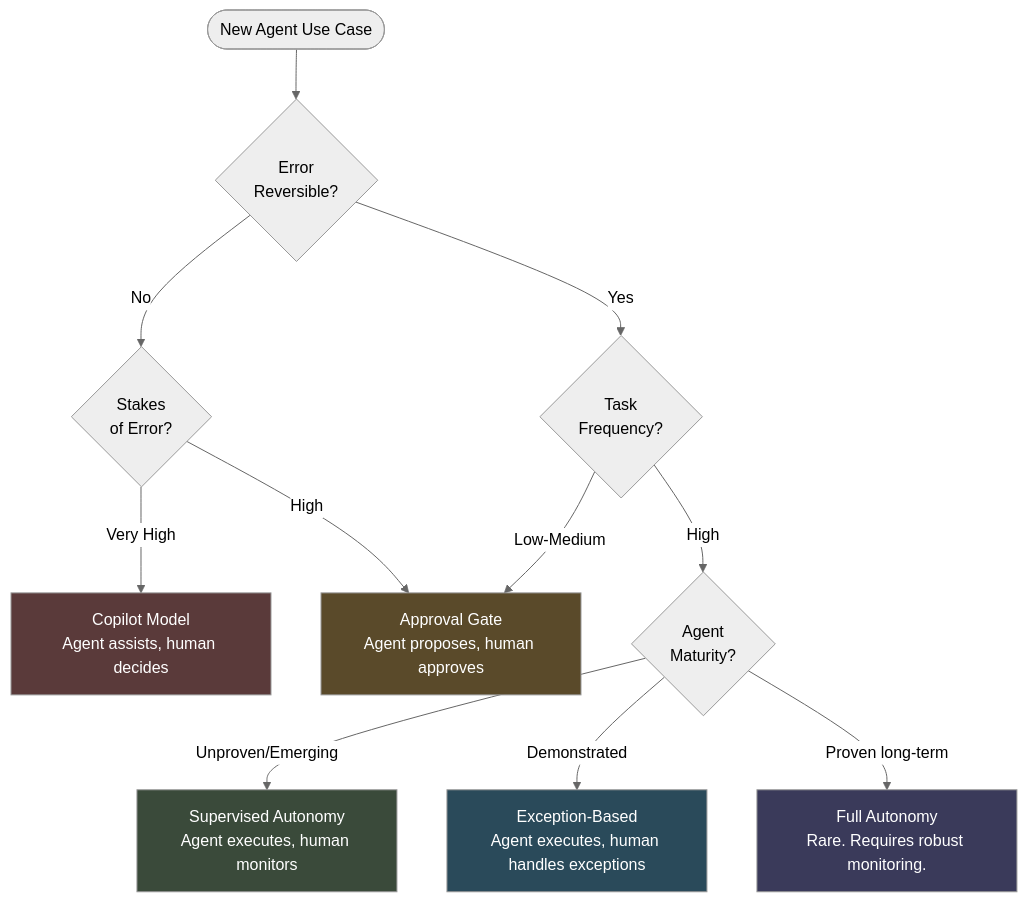
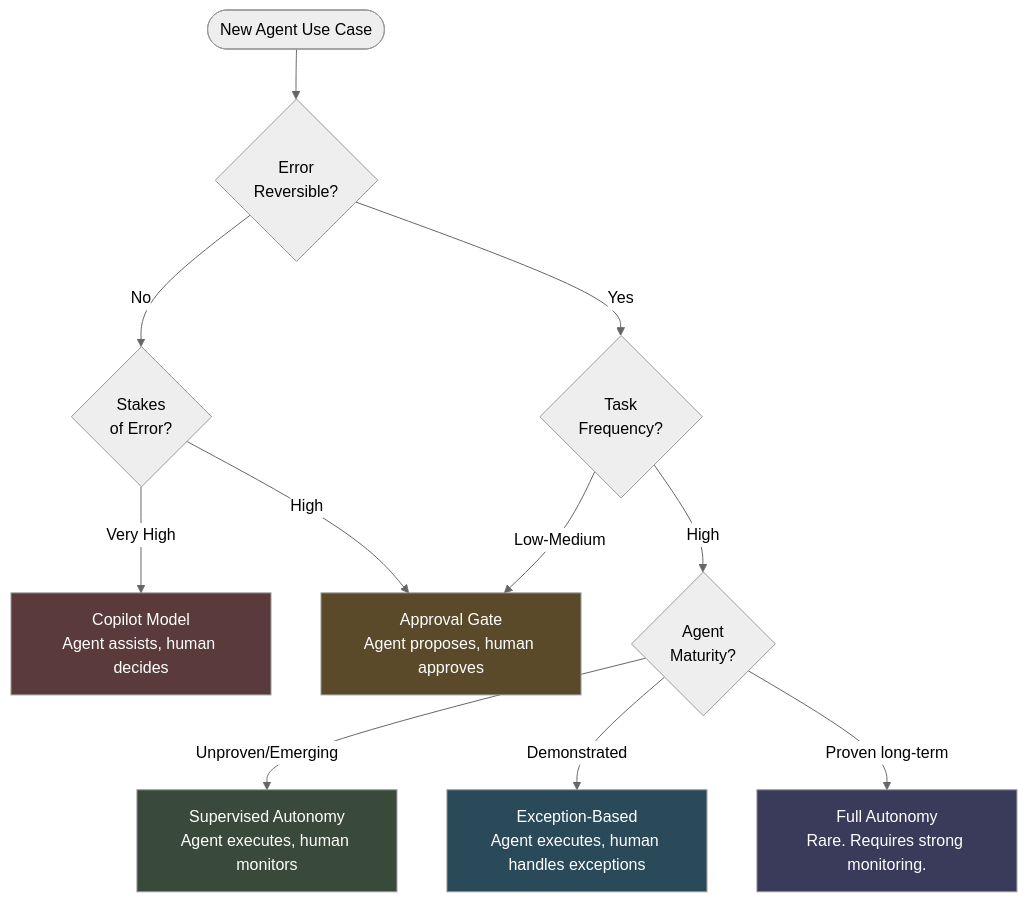
Before and after one commit to sunilp/enterprise-ai: the diagram in content/agentic-strategy/human-agent-collaboration.md, drawn with Mermaid (neutral theme). The commit also changed other lines of this file and 40 other files, not shown here.

````diff
--- a/content/agentic-strategy/human-agent-collaboration.md
+++ b/content/agentic-strategy/human-agent-collaboration.md
@@ -119,22 +119,22 @@
 ```mermaid
 flowchart TD
     Start([New Agent Use Case]) --> Rev{Error\nReversible?}
 
     Rev -->|No| Stakes{Stakes\nof Error?}
     Stakes -->|Very High| Copilot[Copilot Model\nAgent assists, human decides]
     Stakes -->|High| Gate[Approval Gate\nAgent proposes, human approves]
 
     Rev -->|Yes| Freq{Task\nFrequency?}
     Freq -->|Low-Medium| Gate
     Freq -->|High| Maturity{Agent\nMaturity?}
 
     Maturity -->|Unproven/Emerging| Supervised[Supervised Autonomy\nAgent executes, human monitors]
     Maturity -->|Demonstrated| Exception[Exception-Based\nAgent executes, human handles exceptions]
-    Maturity -->|Proven long-term| Full[Full Autonomy\nRare. Requires robust monitoring.]
+    Maturity -->|Proven long-term| Full[Full Autonomy\nRare. Requires strong monitoring.]
 
     style Copilot fill:#5a3a3a,color:#fff
     style Gate fill:#5a4a2a,color:#fff
     style Supervised fill:#3a4a3a,color:#fff
     style Exception fill:#2a4a5a,color:#fff
     style Full fill:#3a3a5a,color:#fff
 ```
````
